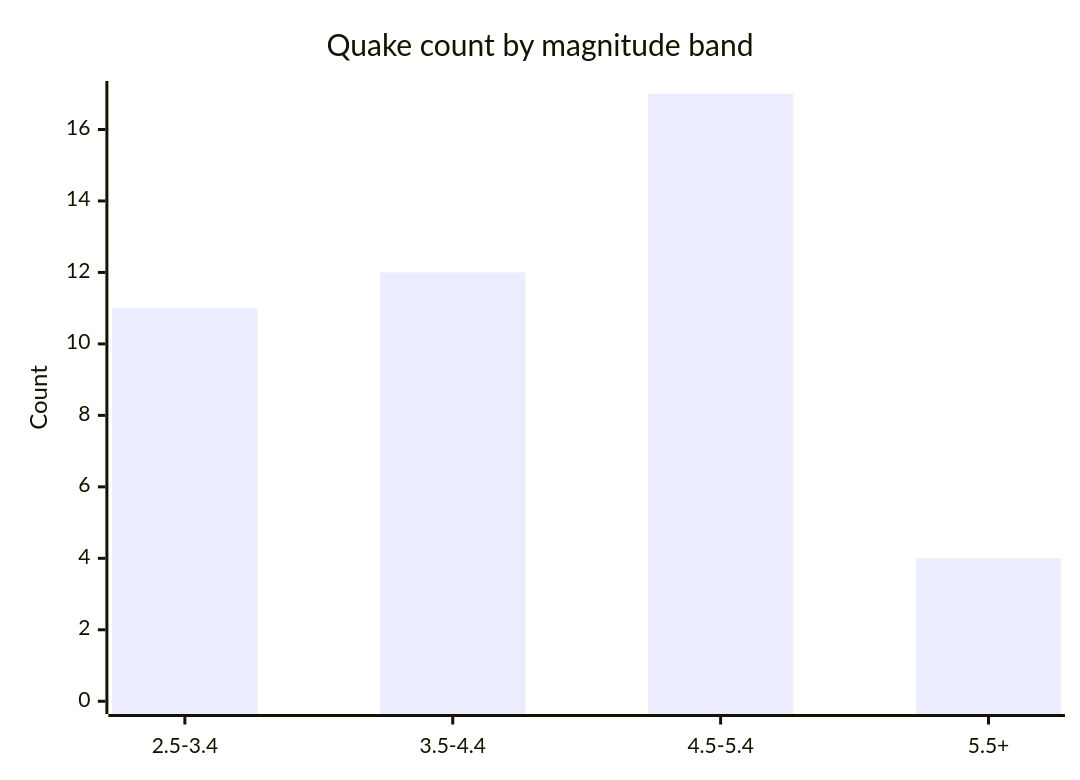
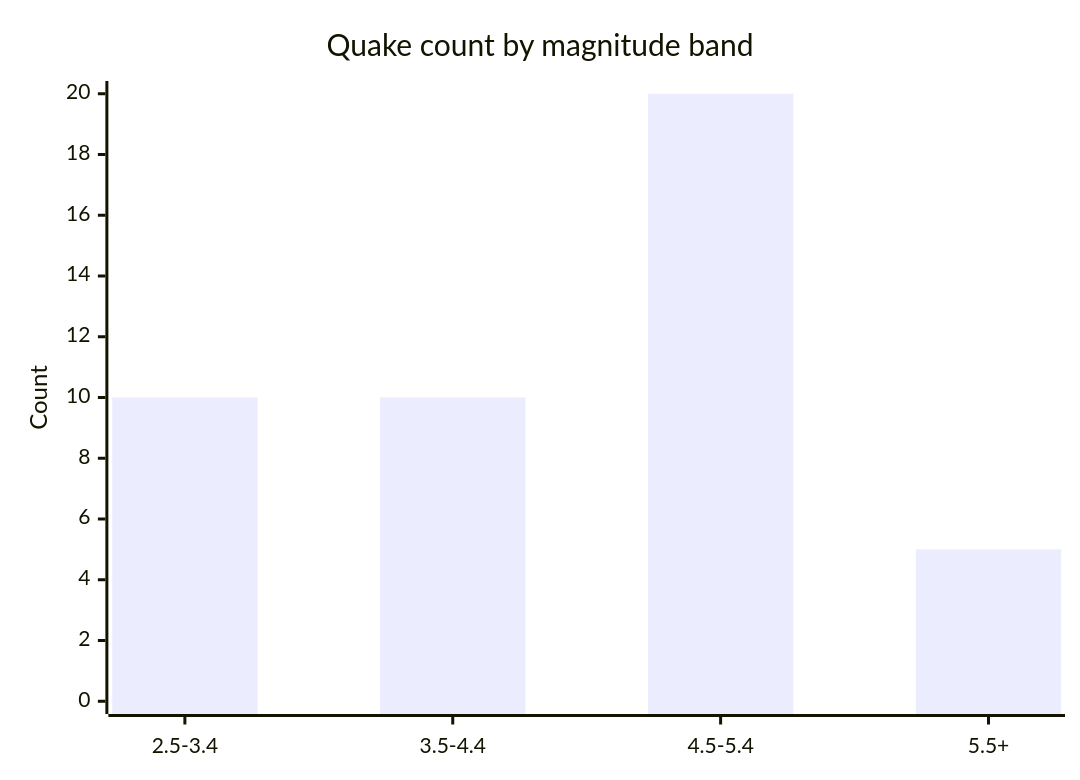
One commit to Midwest-Stratospheric/aerostratospheric-defense-gir changed the fifth of 6 diagrams in docs/GRAPHS.md. Above: the diagram before and after it, drawn with Mermaid. The commit also changed other lines of this file and 26 other files, not shown here.

````diff
--- a/docs/GRAPHS.md
+++ b/docs/GRAPHS.md
@@ -82,7 +82,7 @@
 ```mermaid
 xychart-beta
   title "Quake count by magnitude band"
   x-axis ["2.5-3.4", "3.5-4.4", "4.5-5.4", "5.5+"]
-  y-axis "Count" 0 --> 17
-  bar [11, 12, 17, 4]
+  y-axis "Count" 0 --> 20
+  bar [10, 10, 20, 5]
 ```
````
